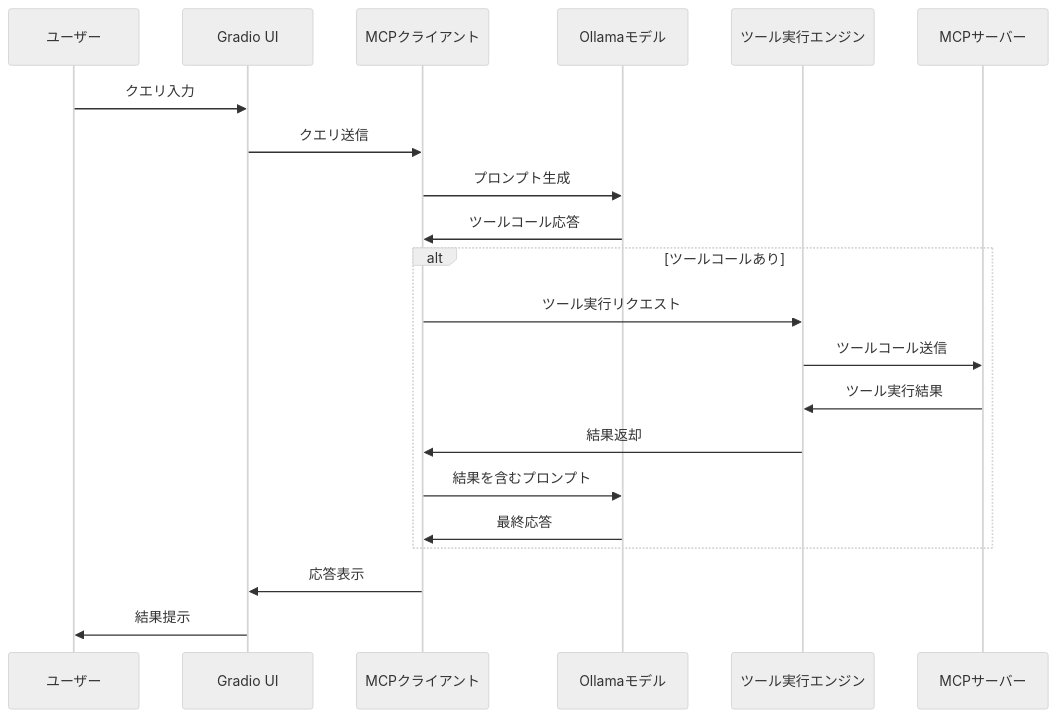
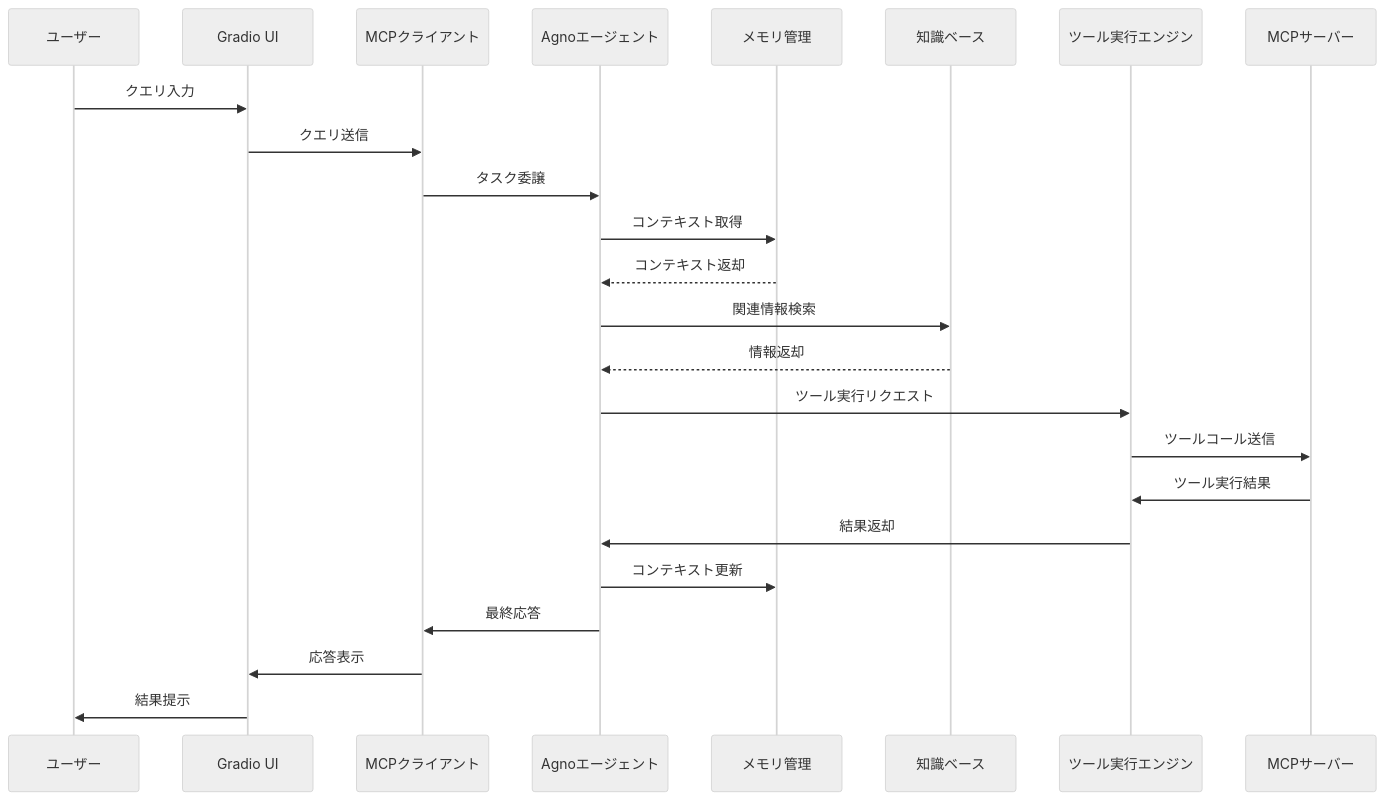
One commit to NewAITees/ollama-mcp-client-webapp changed the second of 3 diagrams in docs/ARCHITECTURE.md. Above: the diagram before and after it, drawn with Mermaid (neutral theme). The commit also changed other lines of this file and 18 other files, not shown here.

First line of the commit message:
Refactor Ollama MCP Client & Agent to integrate Agno framework and enhance multimodal capabilities

````diff
--- a/docs/ARCHITECTURE.md
+++ b/docs/ARCHITECTURE.md
@@ -102,26 +125,31 @@
 ```mermaid
 sequenceDiagram
     participant User as ユーザー
     participant UI as Gradio UI
     participant Client as MCPクライアント
-    participant Model as Ollamaモデル
+    participant Agent as Agnoエージェント
+    participant Memory as メモリ管理
+    participant Knowledge as 知識ベース
     participant Tools as ツール実行エンジン
     participant MCP as MCPサーバー
     
     User->>UI: クエリ入力
     UI->>Client: クエリ送信
-    Client->>Model: プロンプト生成
-    Model->>Client: ツールコール応答
+    Client->>Agent: タスク委譲
     
-    alt ツールコールあり
-        Client->>Tools: ツール実行リクエスト
-        Tools->>MCP: ツールコール送信
-        MCP->>Tools: ツール実行結果
-        Tools->>Client: 結果返却
-        Client->>Model: 結果を含むプロンプト
-        Model->>Client: 最終応答
-    end
+    Agent->>Memory: コンテキスト取得
+    Memory-->>Agent: コンテキスト返却
     
+    Agent->>Knowledge: 関連情報検索
+    Knowledge-->>Agent: 情報返却
+    
+    Agent->>Tools: ツール実行リクエスト
+    Tools->>MCP: ツールコール送信
+    MCP->>Tools: ツール実行結果
+    Tools->>Agent: 結果返却
+    
+    Agent->>Memory: コンテキスト更新
+    Agent->>Client: 最終応答
     Client->>UI: 応答表示
     UI->>User: 結果提示
 ```
````
